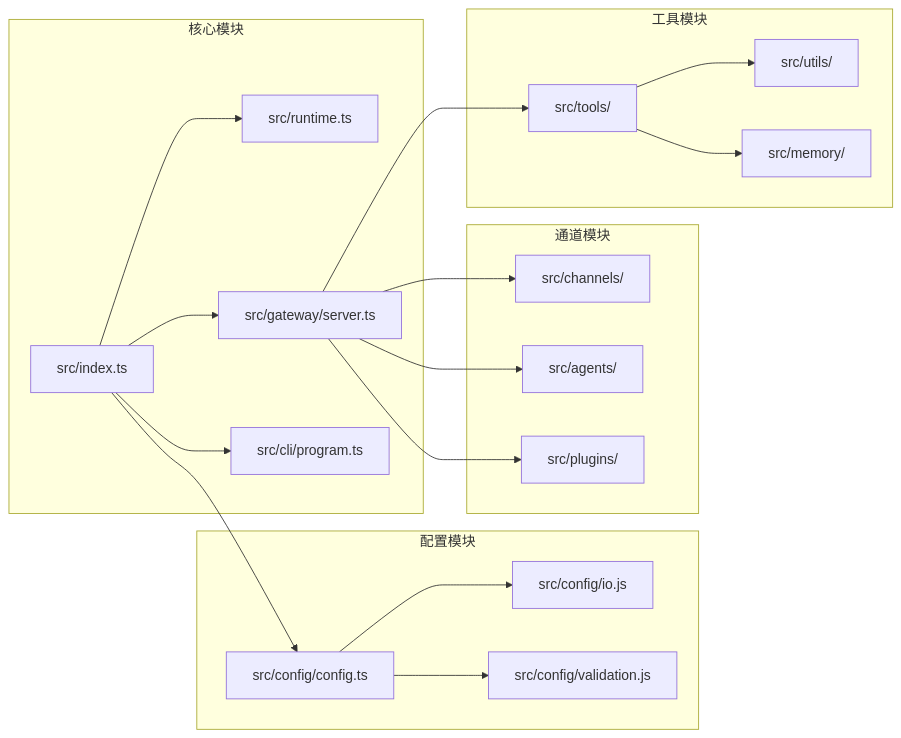
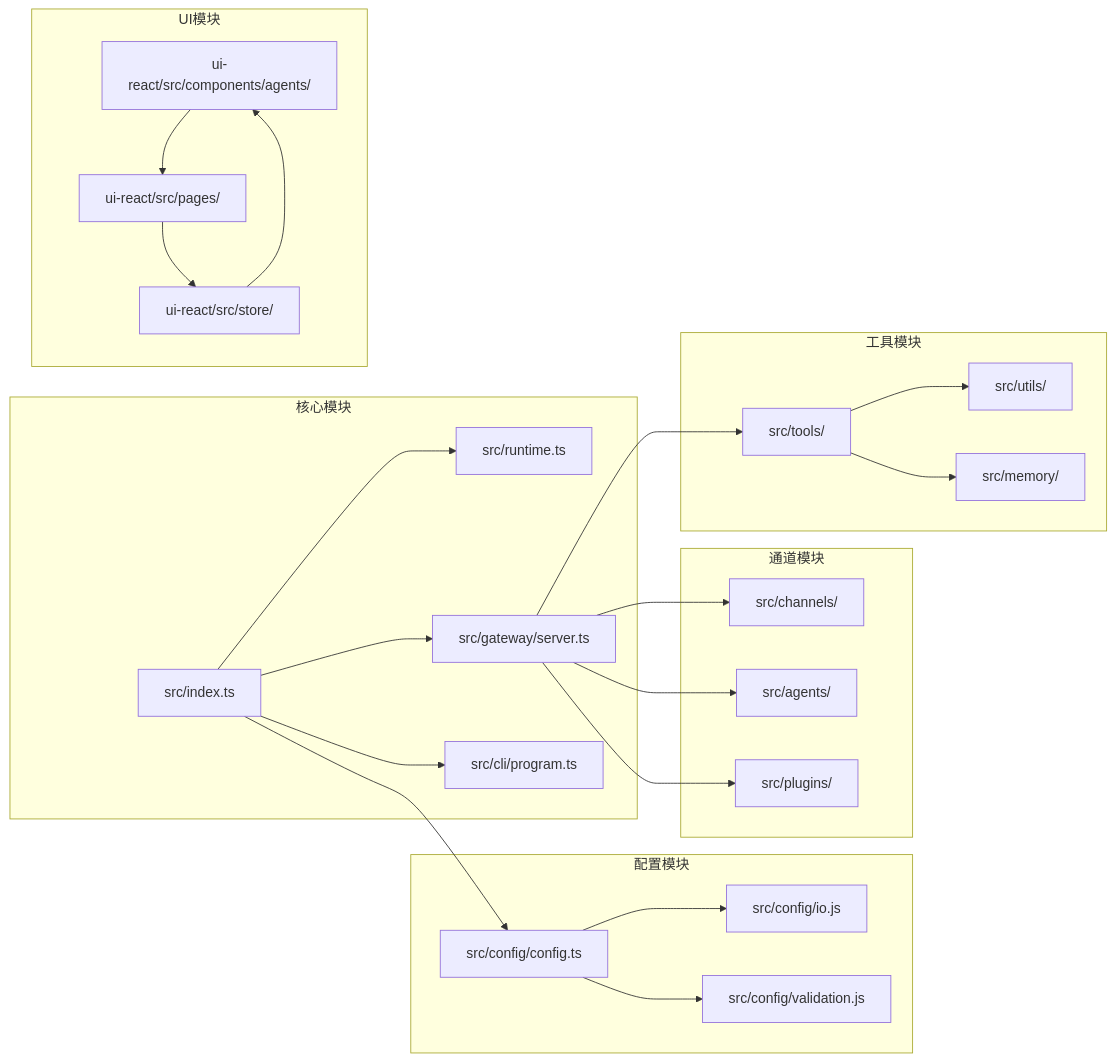
Diagram 25 of 25 in .qoder/repowiki/zh/content/代理管理系统/代理管理系统.md (verse-ai-org/openclaw), drawn with Mermaid before and after one commit. The commit also changed other lines of this file and 55 other files, not shown here.

````diff
--- a/.qoder/repowiki/zh/content/代理管理系统/代理管理系统.md
+++ b/.qoder/repowiki/zh/content/代理管理系统/代理管理系统.md
@@ -308,36 +825,44 @@
 ```mermaid
 graph LR
 subgraph "核心模块"
 A[src/index.ts]
 B[src/runtime.ts]
 C[src/gateway/server.ts]
 D[src/cli/program.ts]
 end
 subgraph "配置模块"
 E[src/config/config.ts]
 F[src/config/io.js]
 G[src/config/validation.js]
 end
 subgraph "通道模块"
 H[src/channels/]
 I[src/agents/]
 J[src/plugins/]
 end
 subgraph "工具模块"
 K[src/tools/]
 L[src/utils/]
 M[src/memory/]
 end
+subgraph "UI模块"
+N[ui-react/src/components/agents/]
+O[ui-react/src/pages/]
+P[ui-react/src/store/]
+end
 A --> B
 A --> C
 A --> D
 A --> E
 E --> F
 E --> G
 C --> H
 C --> I
 C --> J
 C --> K
 K --> L
 K --> M
+N --> O
+O --> P
+P --> N
 ```
````
